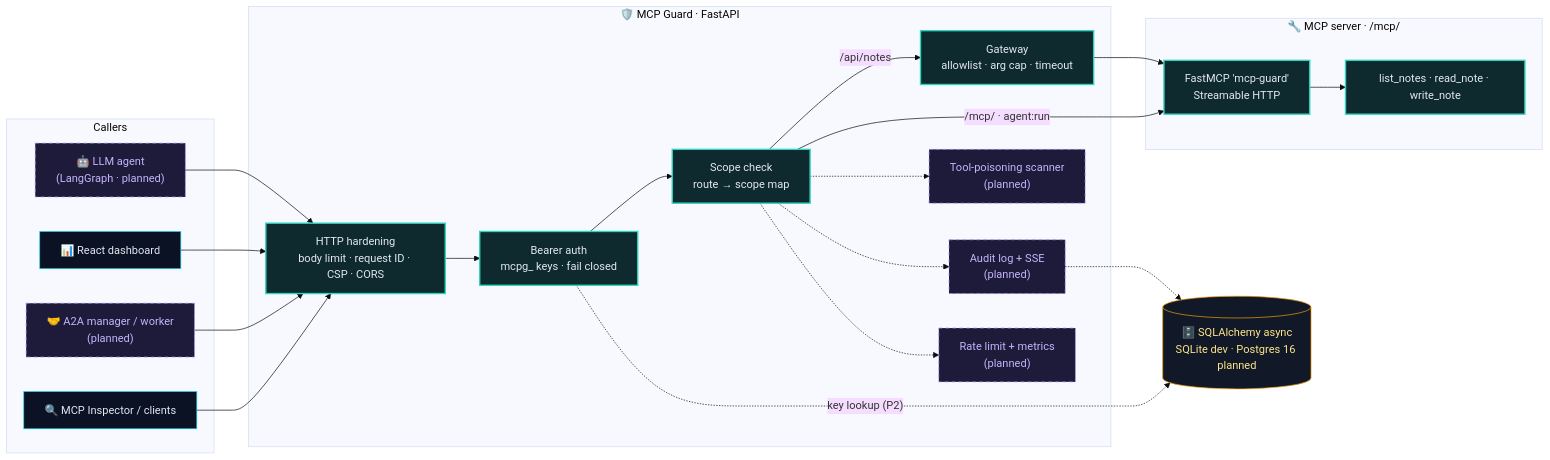
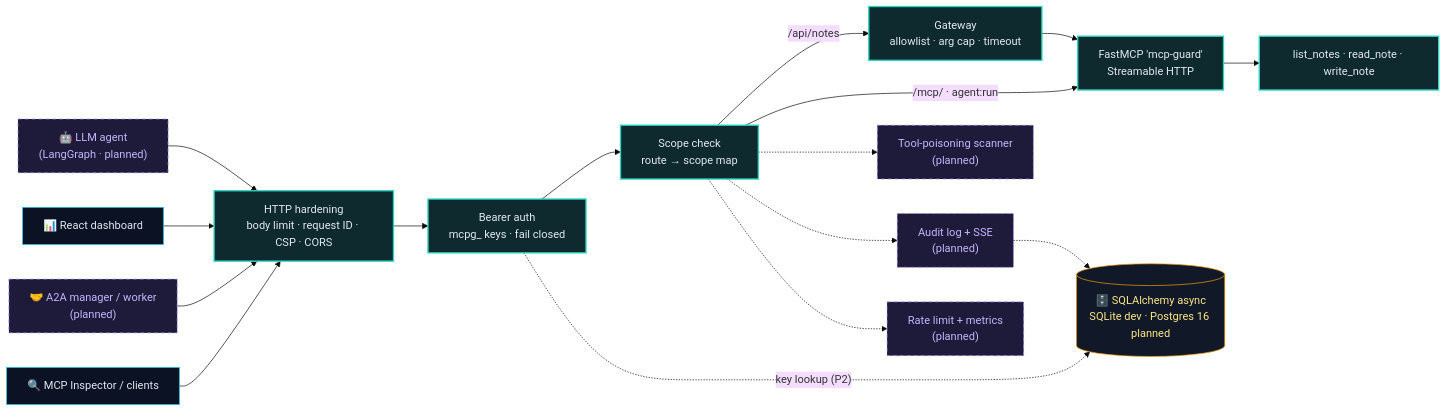
The second of 4 diagrams in README.md (aneek22112007-tech/mcp-a2a-secure), drawn with Mermaid (base theme) before and after one commit. The commit also changed other lines of this file, not shown here.

Commit message:
tmp: mermaid probe 4

````diff
--- a/README.md
+++ b/README.md
@@ -60,49 +40,44 @@
 ```mermaid
 flowchart LR
-    subgraph CALLERS["Callers"]
         AG["🤖 LLM agent<br/>(LangGraph · planned)"]
         UI["📊 React dashboard"]
         A2A["🤝 A2A manager / worker<br/>(planned)"]
         INS["🔍 MCP Inspector / clients"]
-    end
 
-    subgraph GUARD["🛡️ MCP Guard · FastAPI"]
         MW["HTTP hardening<br/>body limit · request ID · CSP · CORS"]
         AUTH["Bearer auth<br/>mcpg_ keys · fail closed"]
         SC["Scope check<br/>route → scope map"]
         GW["Gateway<br/>allowlist · arg cap · timeout"]
         SCAN["Tool-poisoning scanner<br/>(planned)"]
         AUD["Audit log + SSE<br/>(planned)"]
         RL["Rate limit + metrics<br/>(planned)"]
-    end
 
-    subgraph TOOLS["🔧 MCP server · /mcp/"]
         MCP["FastMCP 'mcp-guard'<br/>Streamable HTTP"]
         T1["list_notes · read_note · write_note"]
-    end
 
     DB[("🗄️ SQLAlchemy async<br/>SQLite dev · Postgres 16 planned")]
 
     AG --> MW
     UI --> MW
     A2A --> MW
     INS --> MW
     MW --> AUTH --> SC
     SC -->|"/api/notes"| GW --> MCP
     SC -->|"/mcp/ · agent:run"| MCP
     MCP --> T1
     SC -.-> SCAN
     SC -.-> AUD
     SC -.-> RL
     AUTH -.->|"key lookup (P2)"| DB
     AUD -.-> DB
 
     classDef built fill:#0f2a2e,stroke:#2dd4bf,color:#e2e8f0,stroke-width:2px
     classDef planned fill:#1e1b3a,stroke:#a78bfa,color:#c4b5fd,stroke-dasharray:5 5
     classDef caller fill:#0b1224,stroke:#22d3ee,color:#e2e8f0
     classDef store fill:#111827,stroke:#f59e0b,color:#fde68a
     class MW,AUTH,SC,GW,MCP,T1 built
     class SCAN,AUD,RL,AG,A2A planned
     class UI,INS caller
     class DB store
+
 ```
````
